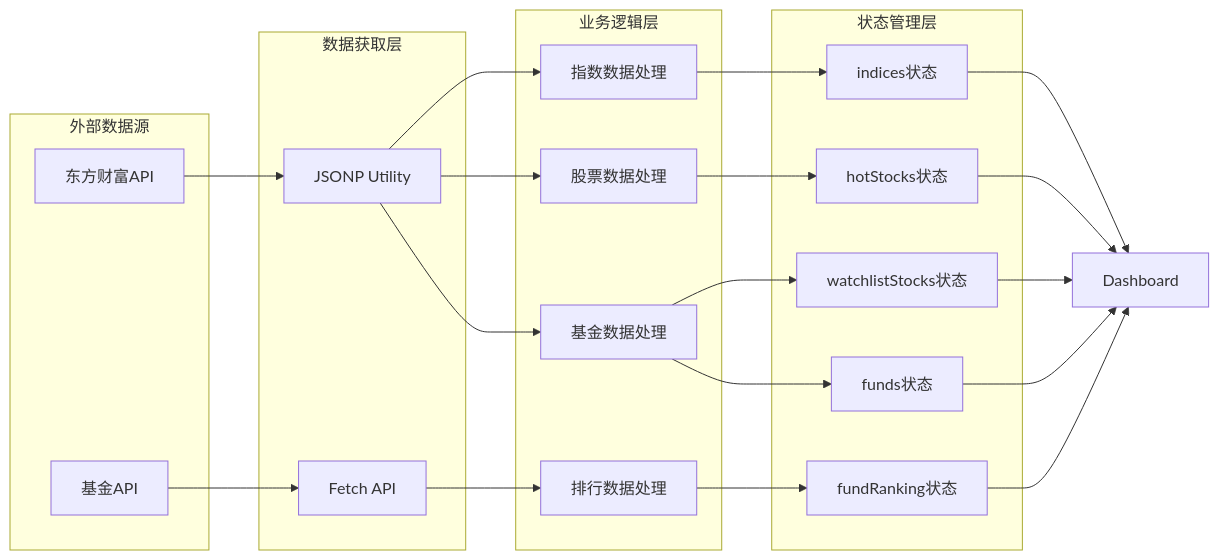
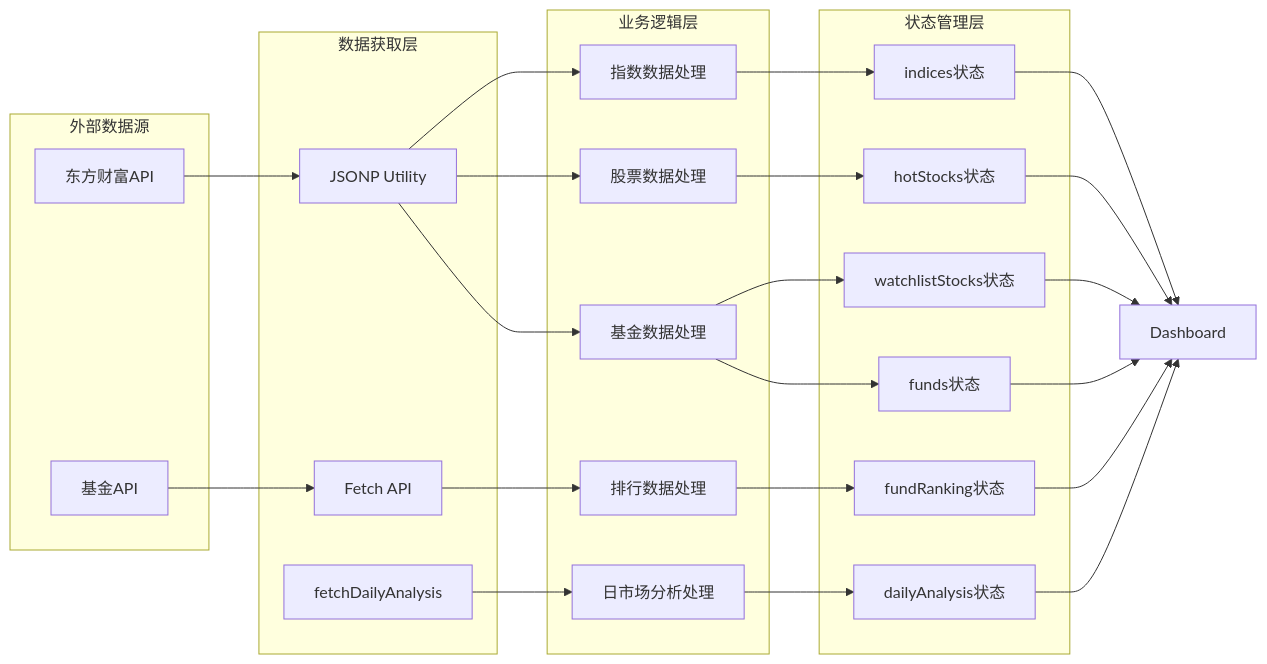
The fourth of 17 diagrams in .qoder/repowiki/zh/content/核心组件系统/LiveDashboard 主面板组件.md (Neveryu/react-fund), drawn with Mermaid before and after one commit. The commit also changed other lines of this file and 15 other files, not shown here.

````diff
--- a/.qoder/repowiki/zh/content/核心组件系统/LiveDashboard 主面板组件.md
+++ b/.qoder/repowiki/zh/content/核心组件系统/LiveDashboard 主面板组件.md
@@ -192,40 +222,46 @@
 ```mermaid
 flowchart LR
 subgraph "外部数据源"
 EastMoney[东方财富API]
 FundAPI[基金API]
 end
 subgraph "数据获取层"
 JSONP[JSONP Utility]
 FetchAPI[Fetch API]
+DailyAnalysis[fetchDailyAnalysis]
 end
 subgraph "业务逻辑层"
 Indices[指数数据处理]
 Stocks[股票数据处理]
 Funds[基金数据处理]
 Ranking[排行数据处理]
+Analysis[日市场分析处理]
 end
 subgraph "状态管理层"
 IndicesState[indices状态]
 StocksState[hotStocks状态]
 WatchlistState[watchlistStocks状态]
 FundsState[funds状态]
 RankingState[fundRanking状态]
+DailyState[dailyAnalysis状态]
 end
 EastMoney --> JSONP
 FundAPI --> FetchAPI
 JSONP --> Indices
 JSONP --> Stocks
 JSONP --> Funds
 FetchAPI --> Ranking
+DailyAnalysis --> Analysis
 Indices --> IndicesState
 Stocks --> StocksState
 Funds --> WatchlistState
 Funds --> FundsState
 Ranking --> RankingState
+Analysis --> DailyState
 IndicesState --> Dashboard
 StocksState --> Dashboard
 WatchlistState --> Dashboard
 FundsState --> Dashboard
 RankingState --> Dashboard
+DailyState --> Dashboard
 ```
````
